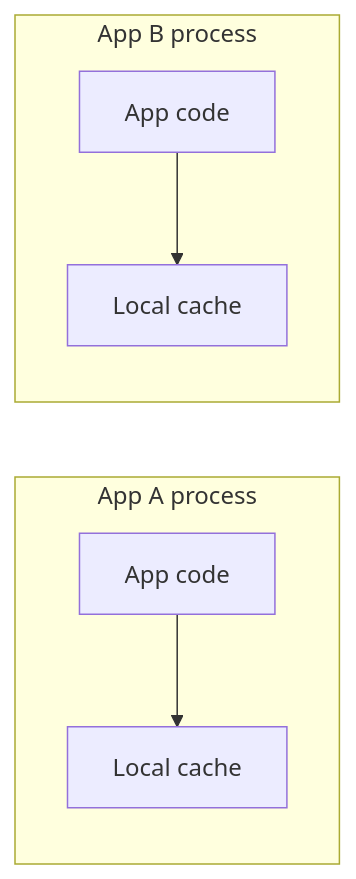
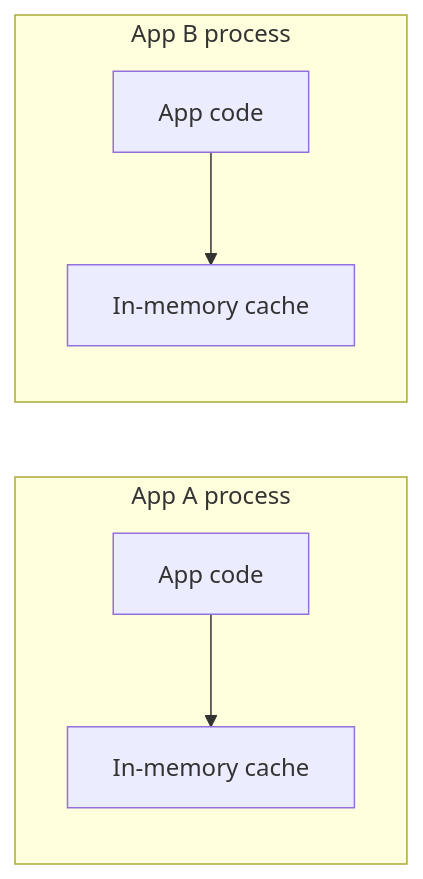
Before and after one commit to GasimV/Self-Study-Tech-Projects: the fifth of 11 diagrams in System-Design/Distributed-Cache.md, drawn with Mermaid. The commit also changed other lines of this file, not shown here.

Commit message:
docs: Update Distributed Cache documentation to clarify in-memory caching and provide Docker and Kubernetes examples

````diff
--- a/System-Design/Distributed-Cache.md
+++ b/System-Design/Distributed-Cache.md
@@ -565,9 +565,9 @@
 ```mermaid
 flowchart LR
     subgraph PA["App A process"]
-        A["App code"] --> CA["Local cache"]
+        A["App code"] --> CA["In-memory cache"]
     end
     subgraph PB["App B process"]
-        B["App code"] --> CB["Local cache"]
+        B["App code"] --> CB["In-memory cache"]
     end
 ```
````
